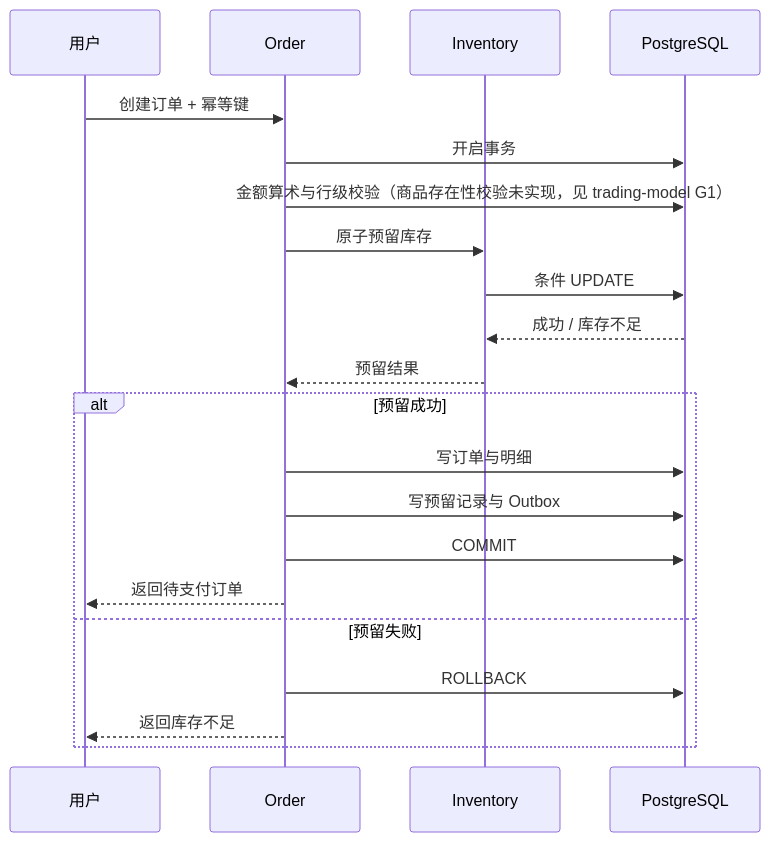
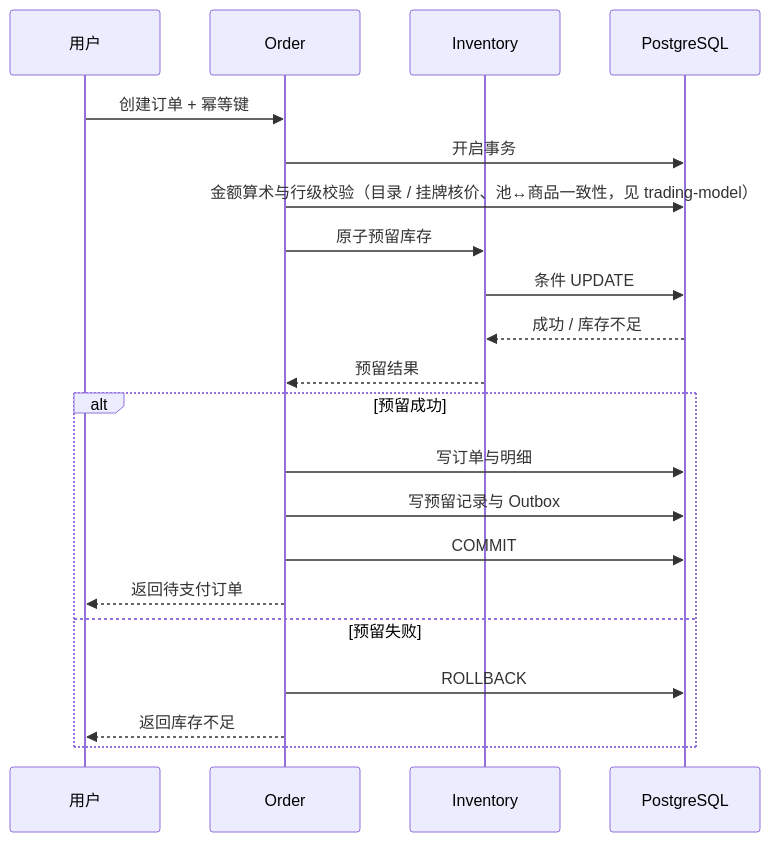
One commit to cuihairu/awn changed the diagram in docs/architecture/inventory-consistency.md. Above: the diagram before and after it, drawn with Mermaid. The commit also changed 12 other files, not shown here.

````diff
--- a/docs/architecture/inventory-consistency.md
+++ b/docs/architecture/inventory-consistency.md
@@ -33,25 +33,25 @@
 ```mermaid
 sequenceDiagram
     participant U as 用户
     participant O as Order
     participant I as Inventory
     participant DB as PostgreSQL
 
     U->>O: 创建订单 + 幂等键
     O->>DB: 开启事务
-    O->>DB: 金额算术与行级校验（商品存在性校验未实现，见 trading-model G1）
+    O->>DB: 金额算术与行级校验（目录 / 挂牌核价、池↔商品一致性，见 trading-model）
     O->>I: 原子预留库存
     I->>DB: 条件 UPDATE
     DB-->>I: 成功 / 库存不足
     I-->>O: 预留结果
 
     alt 预留成功
         O->>DB: 写订单与明细
         O->>DB: 写预留记录与 Outbox
         O->>DB: COMMIT
         O-->>U: 返回待支付订单
     else 预留失败
         O->>DB: ROLLBACK
         O-->>U: 返回库存不足
     end
 ```
````
